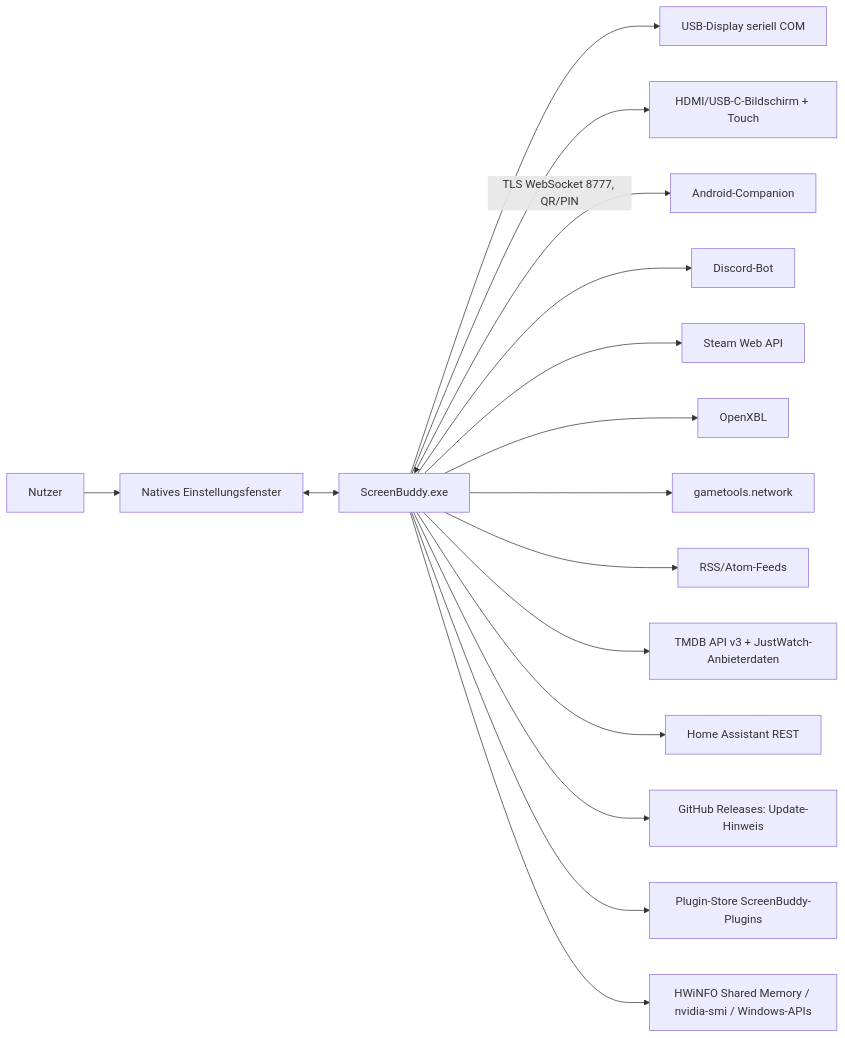
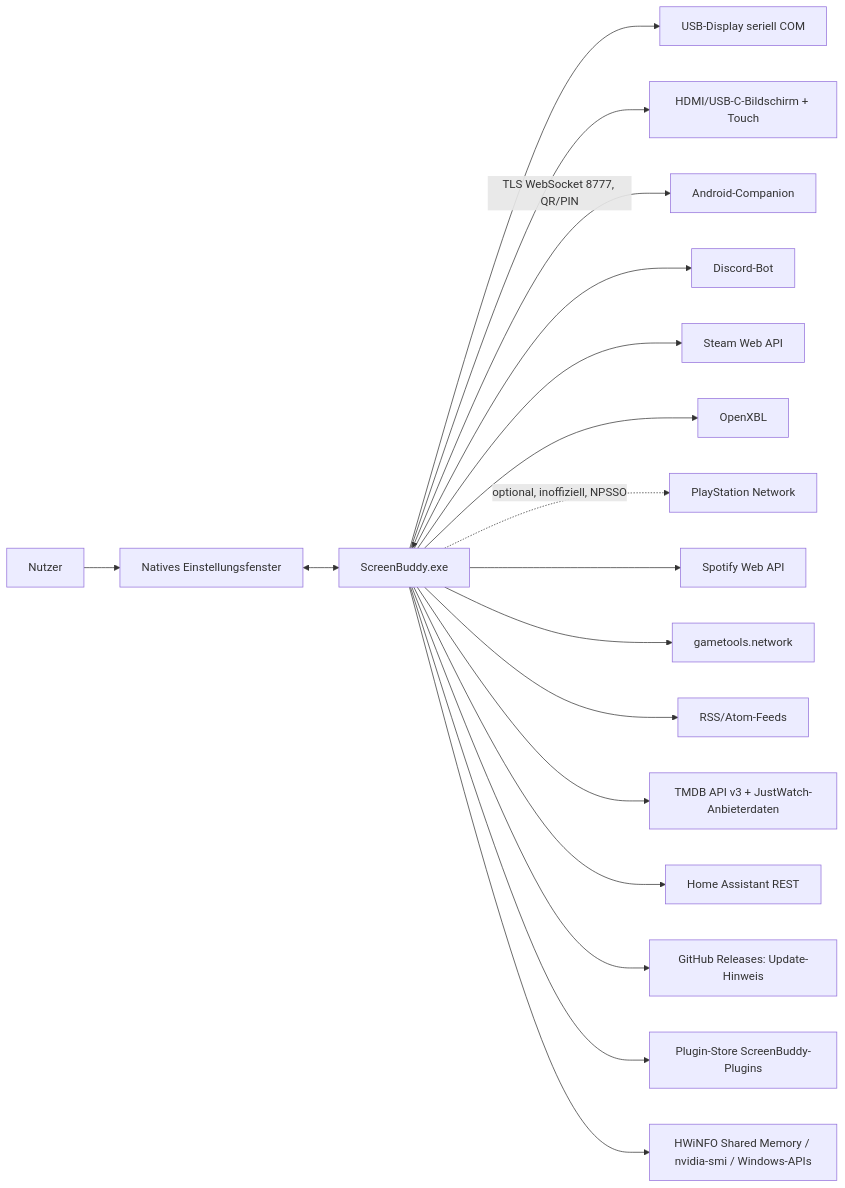
The first of 2 diagrams in docs/ARCHITEKTUR.md (PapaFuchs84/ScreenBuddy), drawn with Mermaid before and after one commit. The commit also changed other lines of this file and 28 other files, not shown here.

Commit message:
Release ScreenBuddy 2.9.3: PlayStation-Freunde, Doku aktualisiert

````diff
--- a/docs/ARCHITEKTUR.md
+++ b/docs/ARCHITEKTUR.md
@@ -25,19 +25,21 @@
 ```mermaid
 flowchart LR
   user[Nutzer] --> settings[Natives Einstellungsfenster]
   app[ScreenBuddy.exe]
   settings <--> app
   app --> lcd[USB-Display seriell COM]
   app --> mon[HDMI/USB-C-Bildschirm + Touch]
   app <-->|TLS WebSocket 8777, QR/PIN| phone[Android-Companion]
   app --> discord[Discord-Bot]
   app --> steam[Steam Web API]
   app --> xbox[OpenXBL]
+  app -.->|optional, inoffiziell, NPSSO| psn[PlayStation Network]
+  app --> spotify[Spotify Web API]
   app --> bf6[gametools.network]
   app --> rss[RSS/Atom-Feeds]
   app --> tmdb[TMDB API v3 + JustWatch-Anbieterdaten]
   app --> ha[Home Assistant REST]
   app --> gh[GitHub Releases: Update-Hinweis]
   app --> store[Plugin-Store ScreenBuddy-Plugins]
   app --> hw[HWiNFO Shared Memory / nvidia-smi / Windows-APIs]
 ```
````
